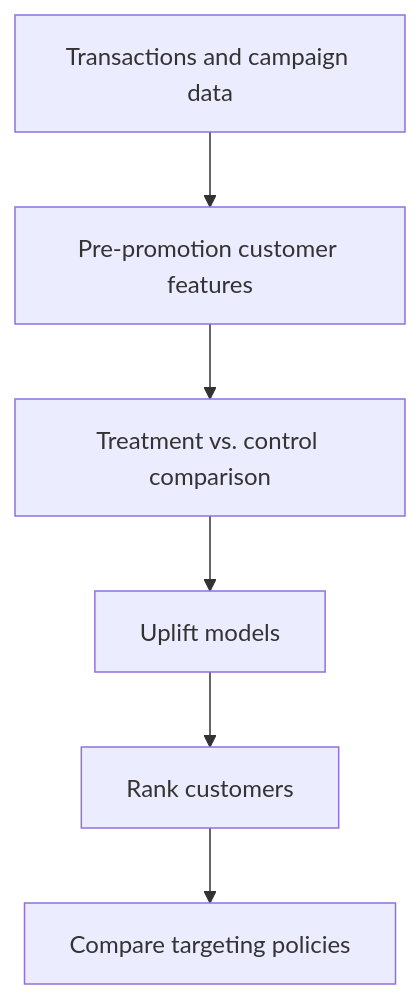
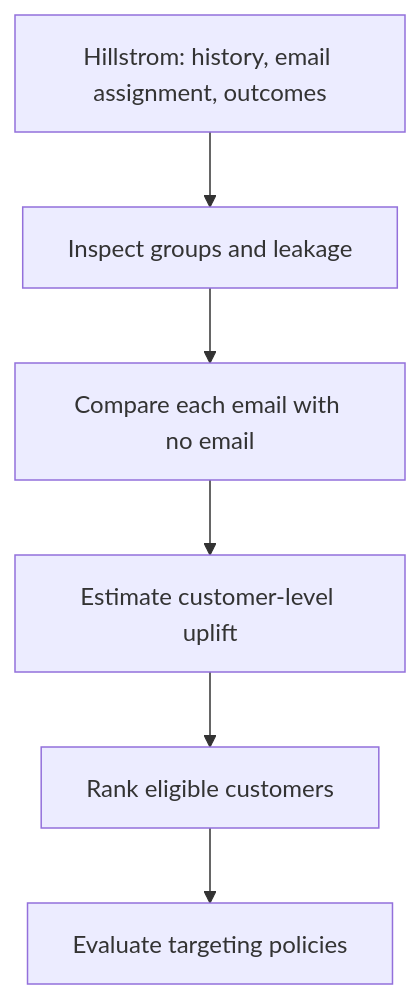
One commit to Thizisfranklin/Retail-Promotion-Targeting-Uplift-Modeling changed the diagram in README.md. Above: the diagram before and after it, drawn with Mermaid. The commit also changed other lines of this file, not shown here.

Commit message:
docs: identify Hillstrom experiment and correct retail plan

````diff
--- a/README.md
+++ b/README.md
@@ -7,8 +13,8 @@
 ```mermaid
 flowchart TD
-    A["Transactions and campaign data"] --> B["Pre-promotion customer features"]
-    B --> C["Treatment vs. control comparison"]
-    C --> D["Uplift models"]
-    D --> E["Rank customers"]
-    E --> F["Compare targeting policies"]
+    A["Hillstrom: history, email assignment, outcomes"] --> B["Inspect groups and leakage"]
+    B --> C["Compare each email with no email"]
+    C --> D["Estimate customer-level uplift"]
+    D --> E["Rank eligible customers"]
+    E --> F["Evaluate targeting policies"]
 ```
````
